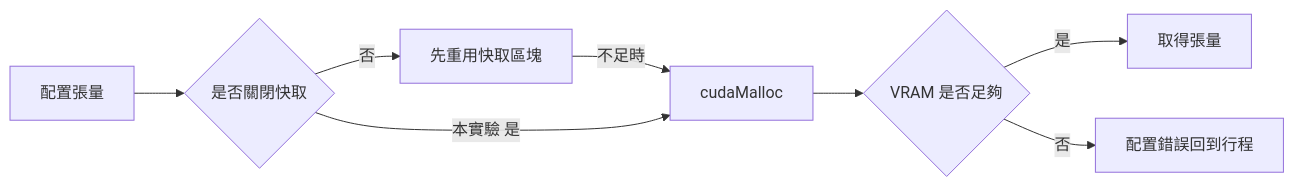
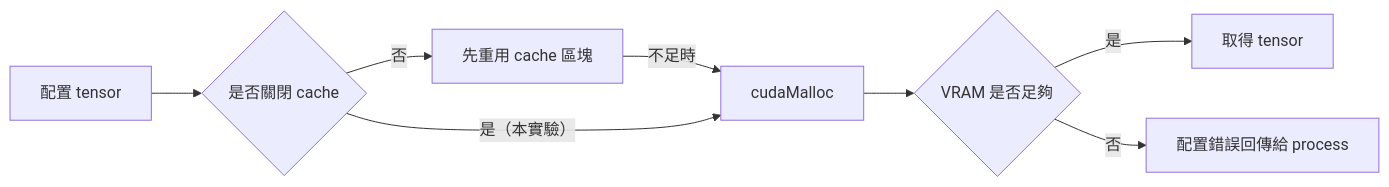
One commit to Daniel77871/dra-gpu-sharing-in-practice changed the second of 5 diagrams in book/03-oom/README.md. Above: the diagram before and after it, drawn with Mermaid. The commit also changed other lines of this file and 80 other files, not shown here.

````diff
--- a/book/03-oom/README.md
+++ b/book/03-oom/README.md
@@ -32,10 +32,10 @@
 ```mermaid
 flowchart LR
-    T["配置張量"] --> D{"是否關閉快取"}
-    D -->|"否"| K["先重用快取區塊"]
+    T["配置 tensor"] --> D{"是否關閉 cache"}
+    D -->|"否"| K["先重用 cache 區塊"]
     K -->|"不足時"| M["cudaMalloc"]
-    D -->|"本實驗 是"| M
+    D -->|"是（本實驗）"| M
     M --> R{"VRAM 是否足夠"}
-    R -->|"是"| O["取得張量"]
-    R -->|"否"| E["配置錯誤回到行程"]
+    R -->|"是"| O["取得 tensor"]
+    R -->|"否"| E["配置錯誤回傳給 process"]
 ```
````
